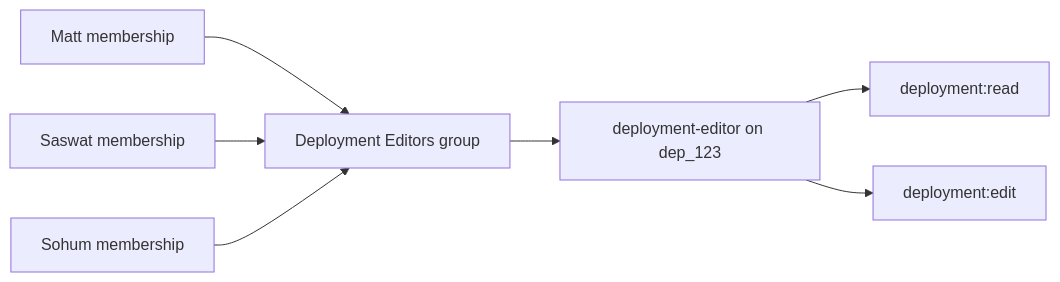
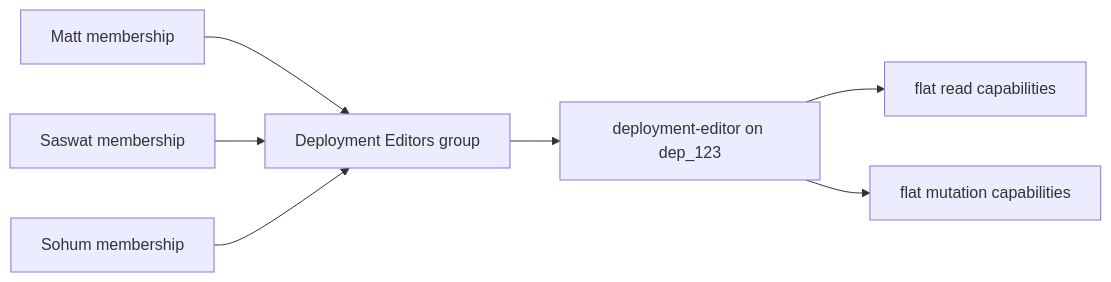
Before and after one commit to astropods/astro-cli: the first of 4 diagrams in docs/01-spec/deployment-fgac-rollout.md, drawn with Mermaid. The commit also changed other lines of this file and 10 other files, not shown here.

````diff
--- a/docs/01-spec/deployment-fgac-rollout.md
+++ b/docs/01-spec/deployment-fgac-rollout.md
@@ -32,9 +47,9 @@
 ```mermaid
 flowchart LR
     Matt["Matt membership"] --> Group["Deployment Editors group"]
     Saswat["Saswat membership"] --> Group
     Sohum["Sohum membership"] --> Group
     Group --> Assignment["deployment-editor on dep_123"]
-    Assignment --> Read["deployment:read"]
-    Assignment --> Edit["deployment:edit"]
+    Assignment --> Read["flat read capabilities"]
+    Assignment --> Edit["flat mutation capabilities"]
 ```
````
